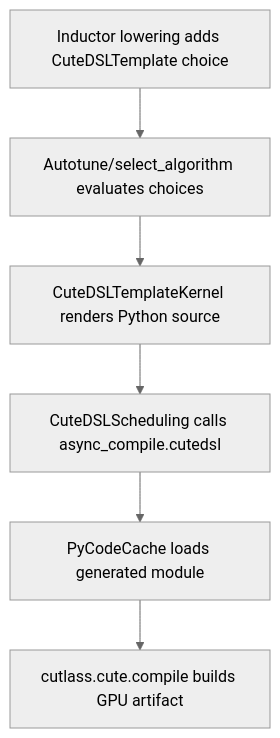
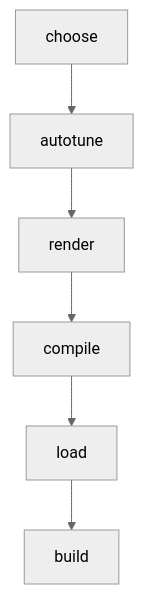
The third of 4 diagrams in docs/cutedsl_pytorch_integration_report.md (XiaobingSuper/FlyDSL), drawn with Mermaid (neutral theme) before and after one commit. The commit also changed other lines of this file and 1 other file, not shown here.

First line of the commit message:
[Docs] Add PyTorch source links

````diff
--- a/docs/cutedsl_pytorch_integration_report.md
+++ b/docs/cutedsl_pytorch_integration_report.md
@@ -189,8 +189,8 @@
 ```mermaid
 flowchart TB
-    A["Inductor lowering adds CuteDSLTemplate choice"] --> B["Autotune/select_algorithm evaluates choices"]
-    B --> C["CuteDSLTemplateKernel renders Python source"]
-    C --> D["CuteDSLScheduling calls async_compile.cutedsl"]
-    D --> E["PyCodeCache loads generated module"]
-    E --> F["cutlass.cute.compile builds GPU artifact"]
+    A["choose"] --> B["autotune"]
+    B --> C["render"]
+    C --> D["compile"]
+    D --> E["load"]
+    E --> F["build"]
 ```
````
